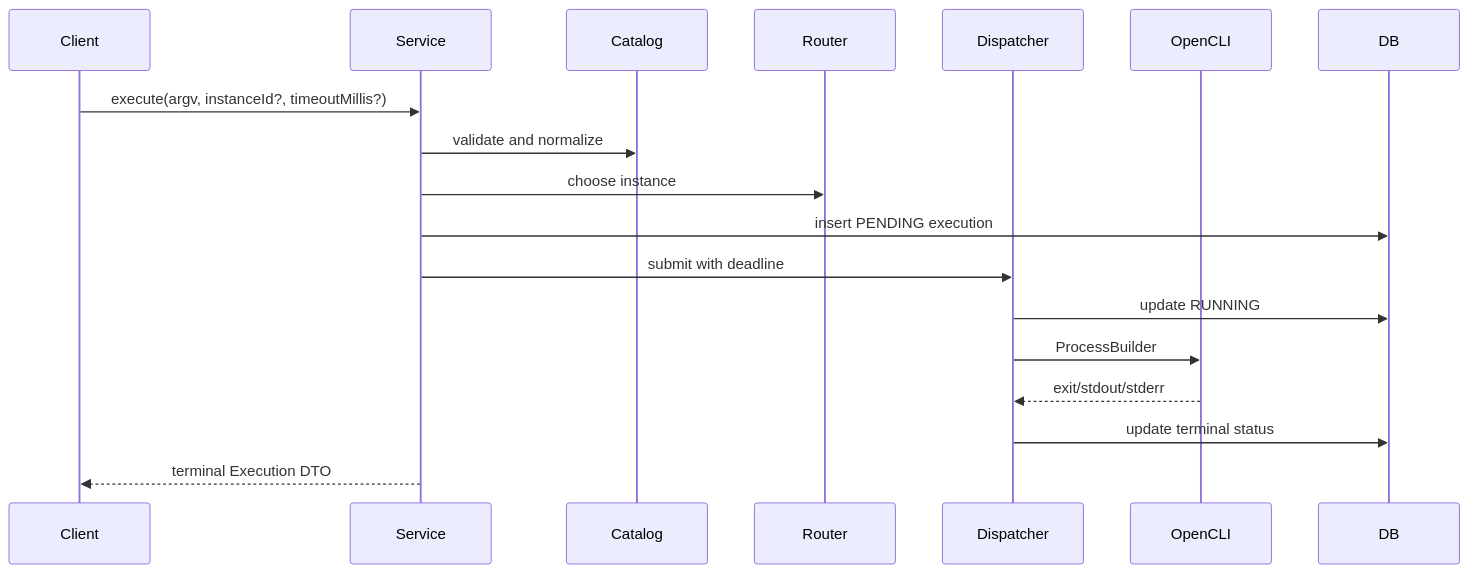
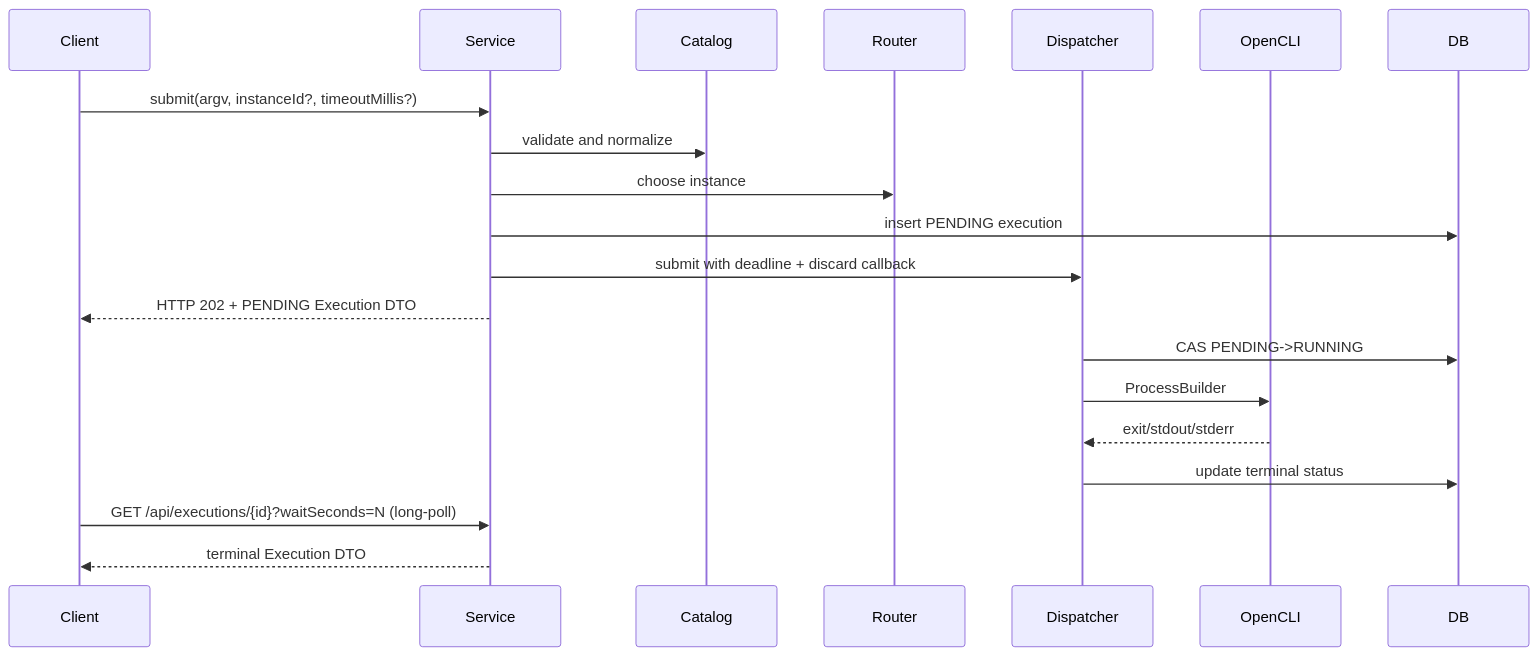
One commit to fengwk/opencli-hub changed the third of 3 diagrams in docs/technical-design.md. Above: the diagram before and after it, drawn with Mermaid. The commit also changed other lines of this file and 11 other files, not shown here.

````diff
--- a/docs/technical-design.md
+++ b/docs/technical-design.md
@@ -1346,21 +1347,23 @@
 ```mermaid
 sequenceDiagram
     participant Client
     participant Service
     participant Catalog
     participant Router
     participant Dispatcher
     participant OpenCLI
     participant DB
 
-    Client->>Service: execute(argv, instanceId?, timeoutMillis?)
+    Client->>Service: submit(argv, instanceId?, timeoutMillis?)
     Service->>Catalog: validate and normalize
     Service->>Router: choose instance
     Service->>DB: insert PENDING execution
-    Service->>Dispatcher: submit with deadline
-    Dispatcher->>DB: update RUNNING
+    Service->>Dispatcher: submit with deadline + discard callback
+    Service-->>Client: HTTP 202 + PENDING Execution DTO
+    Dispatcher->>DB: CAS PENDING->RUNNING
     Dispatcher->>OpenCLI: ProcessBuilder
     OpenCLI-->>Dispatcher: exit/stdout/stderr
     Dispatcher->>DB: update terminal status
+    Client->>Service: GET /api/executions/{id}?waitSeconds=N (long-poll)
     Service-->>Client: terminal Execution DTO
 ```
````
